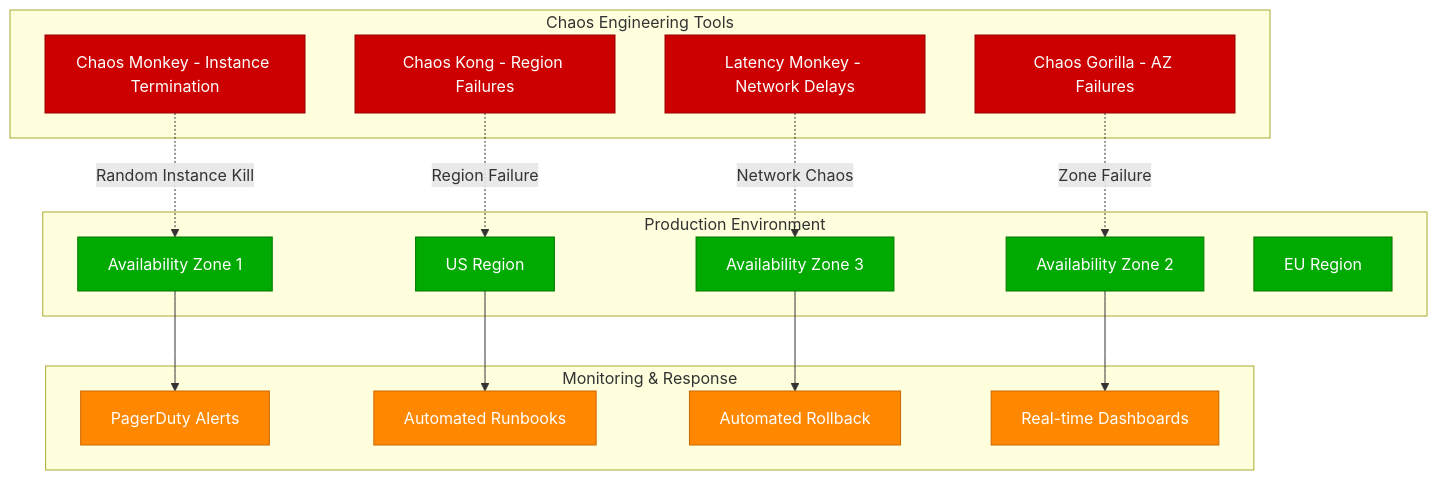
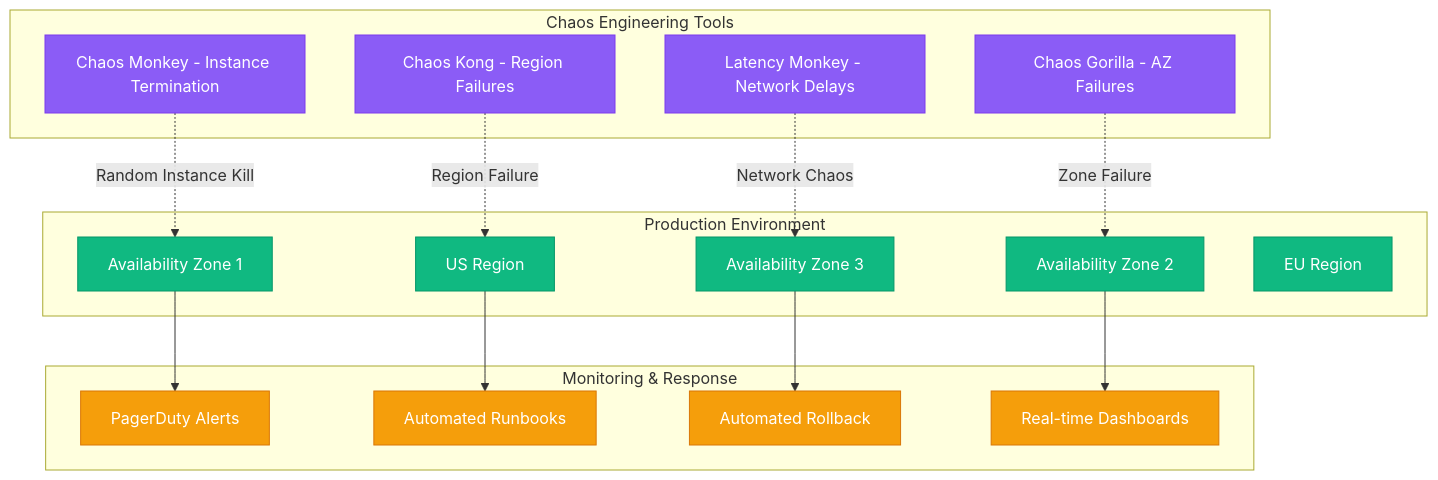
One commit to deepaucksharma/DS changed the third of 16 diagrams in site/docs/examples/case-studies.md. Above: the diagram before and after it, drawn with Mermaid. The commit also changed other lines of this file and 303 other files, not shown here.

````diff
--- a/site/docs/examples/case-studies.md
+++ b/site/docs/examples/case-studies.md
@@ -118,42 +118,42 @@
 ```mermaid
 graph TB
     subgraph ChaosTools[Chaos Engineering Tools]
         MONKEY[Chaos Monkey - Instance Termination]
         GORILLA[Chaos Gorilla - AZ Failures]
         KONG[Chaos Kong - Region Failures]
         LATENCY[Latency Monkey - Network Delays]
     end
 
     subgraph ProductionEnv[Production Environment]
         AZ1[Availability Zone 1]
         AZ2[Availability Zone 2]
         AZ3[Availability Zone 3]
         REGION_US[US Region]
         REGION_EU[EU Region]
     end
 
     subgraph Monitoring[Monitoring & Response]
         ALERT[PagerDuty Alerts]
         RUNBOOK[Automated Runbooks]
         ROLLBACK[Automated Rollback]
         DASHBOARD[Real-time Dashboards]
     end
 
     MONKEY -.->|Random Instance Kill| AZ1
     GORILLA -.->|Zone Failure| AZ2
     KONG -.->|Region Failure| REGION_US
     LATENCY -.->|Network Chaos| AZ3
 
     AZ1 --> ALERT
     AZ2 --> DASHBOARD
     REGION_US --> RUNBOOK
     AZ3 --> ROLLBACK
 
-    classDef chaosStyle fill:#CC0000,stroke:#990000,color:#fff
-    classDef prodStyle fill:#00AA00,stroke:#007700,color:#fff
-    classDef monitorStyle fill:#FF8800,stroke:#CC6600,color:#fff
+    classDef chaosStyle fill:#8B5CF6,stroke:#7C3AED,color:#fff
+    classDef prodStyle fill:#10B981,stroke:#059669,color:#fff
+    classDef monitorStyle fill:#F59E0B,stroke:#D97706,color:#fff
 
     class MONKEY,GORILLA,KONG,LATENCY chaosStyle
     class AZ1,AZ2,AZ3,REGION_US,REGION_EU prodStyle
     class ALERT,RUNBOOK,ROLLBACK,DASHBOARD monitorStyle
 ```
````
